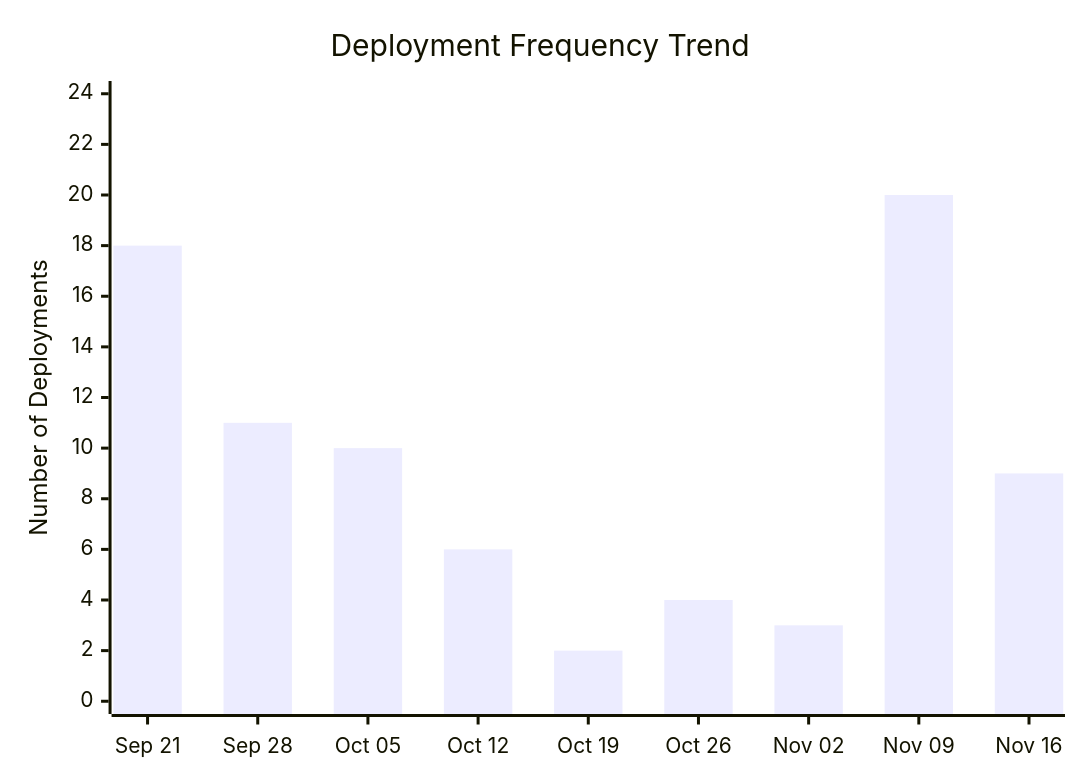
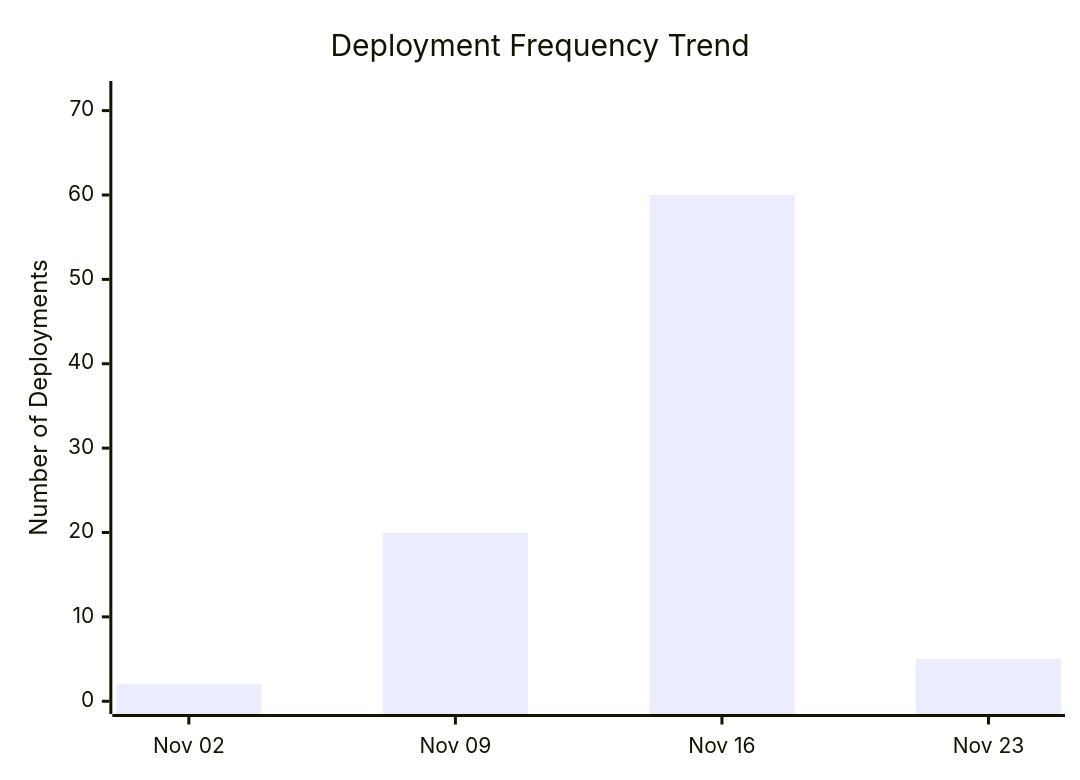
One commit to ukma-cs-ssdm-2025/rate-ukma changed the third of 4 diagrams in docs/ci-cd/dora-summary.md. Above: the diagram before and after it, drawn with Mermaid. The commit also changed other lines of this file, not shown here.

````diff
--- a/docs/ci-cd/dora-summary.md
+++ b/docs/ci-cd/dora-summary.md
@@ -52,7 +48,7 @@
 ```mermaid
 xychart-beta
     title "Deployment Frequency Trend"
-    x-axis ["Sep 21", "Sep 28", "Oct 05", "Oct 12", "Oct 19", "Oct 26", "Nov 02", "Nov 09", "Nov 16"]
-    y-axis "Number of Deployments" 0 --> 24
-    bar [18.00, 11.00, 10.00, 6.00, 2.00, 4.00, 3.00, 20.00, 9.00]
+    x-axis ["Nov 02", "Nov 09", "Nov 16", "Nov 23"]
+    y-axis "Number of Deployments" 0 --> 72
+    bar [2.00, 20.00, 60.00, 5.00]
 ```
````
